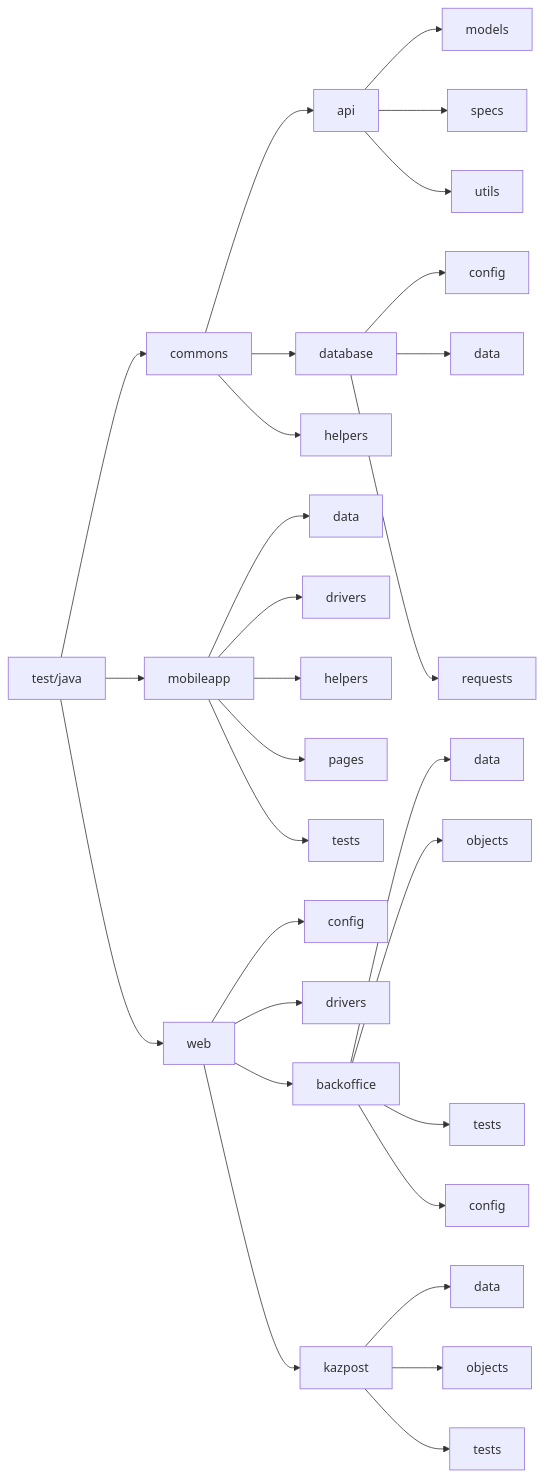
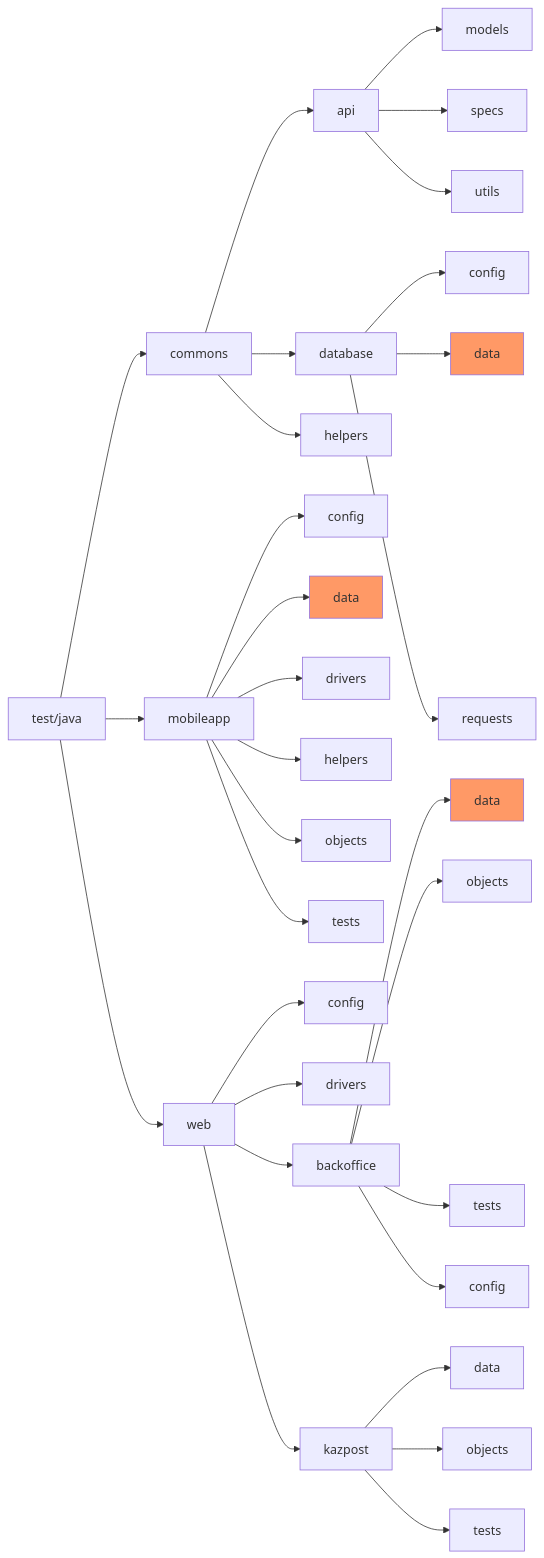
Before and after one commit to alena-shs/tabys-tests: the diagram in README.md, drawn with Mermaid. The commit also changed other lines of this file and 15 other files, not shown here.

````diff
--- a/README.md
+++ b/README.md
@@ -109,16 +114,17 @@
 ```mermaid
   graph LR;
       test["test/java"]-->commons;
       test["test/java"]-->mobileapp;
       test["test/java"]-->web;
       web-->config;
       web-->wdrivers[drivers];
       web-->backoffice;
       web-->kazpost;
       kazpost-->kdata[data] & kobj[objects] & ktests[tests];
-      backoffice-->bdata[data] & objects & btests[tests] & bconfig[config];
-      mobileapp-->mdata[data] & mdrivers[drivers] & mhelpers[helpers] & pages & mtests[tests];
+      backoffice-->bdata[data]:::data & objects & btests[tests] & bconfig[config];
+      mobileapp-->mconfig[config] & mdata[data]:::data & mdrivers[drivers] & mhelpers[helpers] & mobjects[objects] & mtests[tests];
       commons --> api & database & chelpers[helpers];
       api --> models & specs & utils;
-      database --> dconfig[config] & ddata[data] & requests;
+      database --> dconfig[config] & ddata[data]:::data & requests;
+      classDef data fill:#f96
 ```
````
